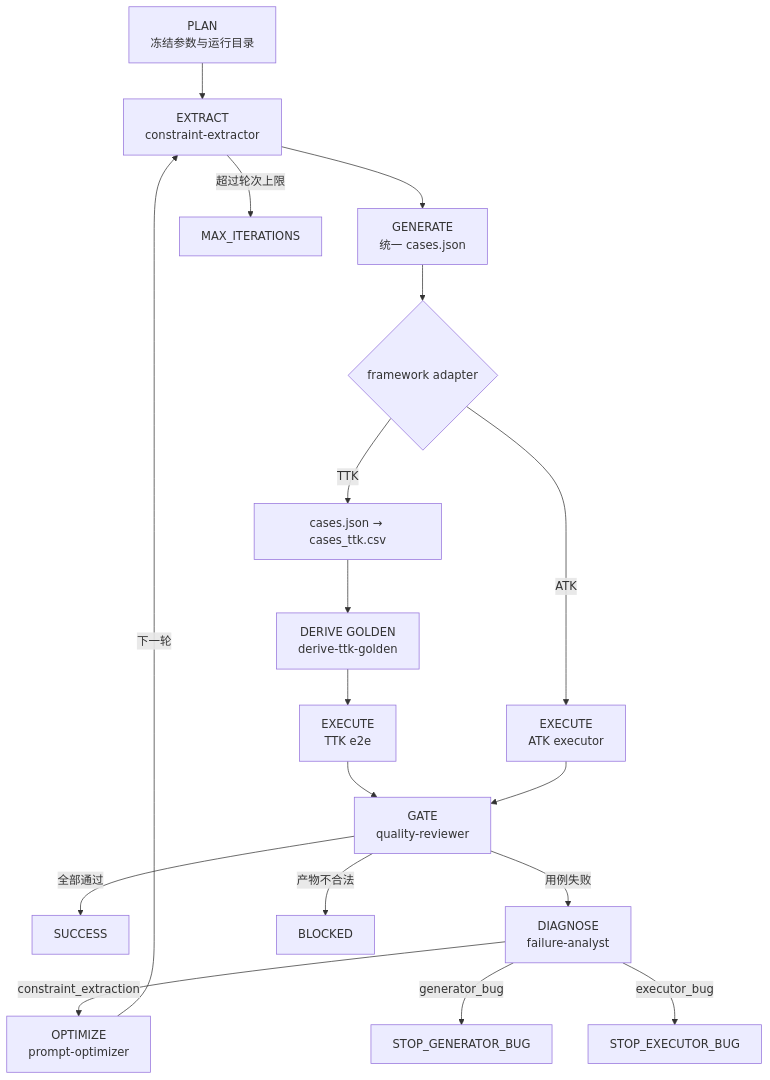
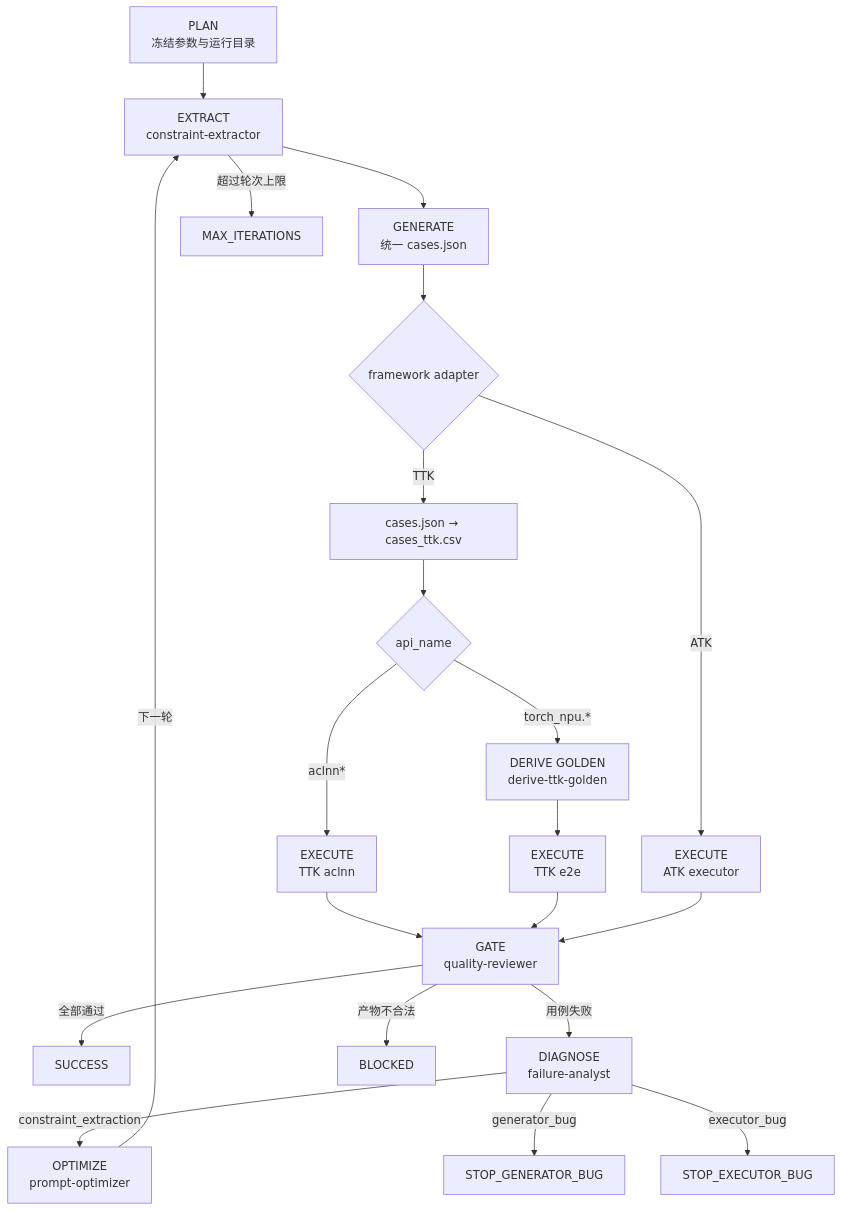
The diagram in docs/WORKFLOW.md (564239493/operator-common-iterator-claude), drawn with Mermaid before and after one commit. The commit also changed other lines of this file and 55 other files, not shown here.

````diff
--- a/docs/WORKFLOW.md
+++ b/docs/WORKFLOW.md
@@ -46,20 +46,23 @@
 ```mermaid
 flowchart TD
     P["PLAN<br/>冻结参数与运行目录"] --> E["EXTRACT<br/>constraint-extractor"]
     E --> G["GENERATE<br/>统一 cases.json"]
     G --> A{"framework adapter"}
     A -->|ATK| X["EXECUTE<br/>ATK executor"]
     A -->|TTK| C["cases.json → cases_ttk.csv"]
-    C --> R["DERIVE GOLDEN<br/>derive-ttk-golden"]
+    C --> TM{"api_name"}
+    TM -->|"aclnn*"| XA["EXECUTE<br/>TTK aclnn"]
+    TM -->|"torch_npu.*"| R["DERIVE GOLDEN<br/>derive-ttk-golden"]
     R --> X2["EXECUTE<br/>TTK e2e"]
+    XA --> Q
     X2 --> Q
     X --> Q["GATE<br/>quality-reviewer"]
     Q -->|全部通过| S["SUCCESS"]
     Q -->|用例失败| D["DIAGNOSE<br/>failure-analyst"]
     Q -->|产物不合法| B["BLOCKED"]
     D -->|constraint_extraction| O["OPTIMIZE<br/>prompt-optimizer"]
     O -->|下一轮| E
     D -->|generator_bug| GB["STOP_GENERATOR_BUG"]
     D -->|executor_bug| EB["STOP_EXECUTOR_BUG"]
     E -->|超过轮次上限| M["MAX_ITERATIONS"]
 ```
````
